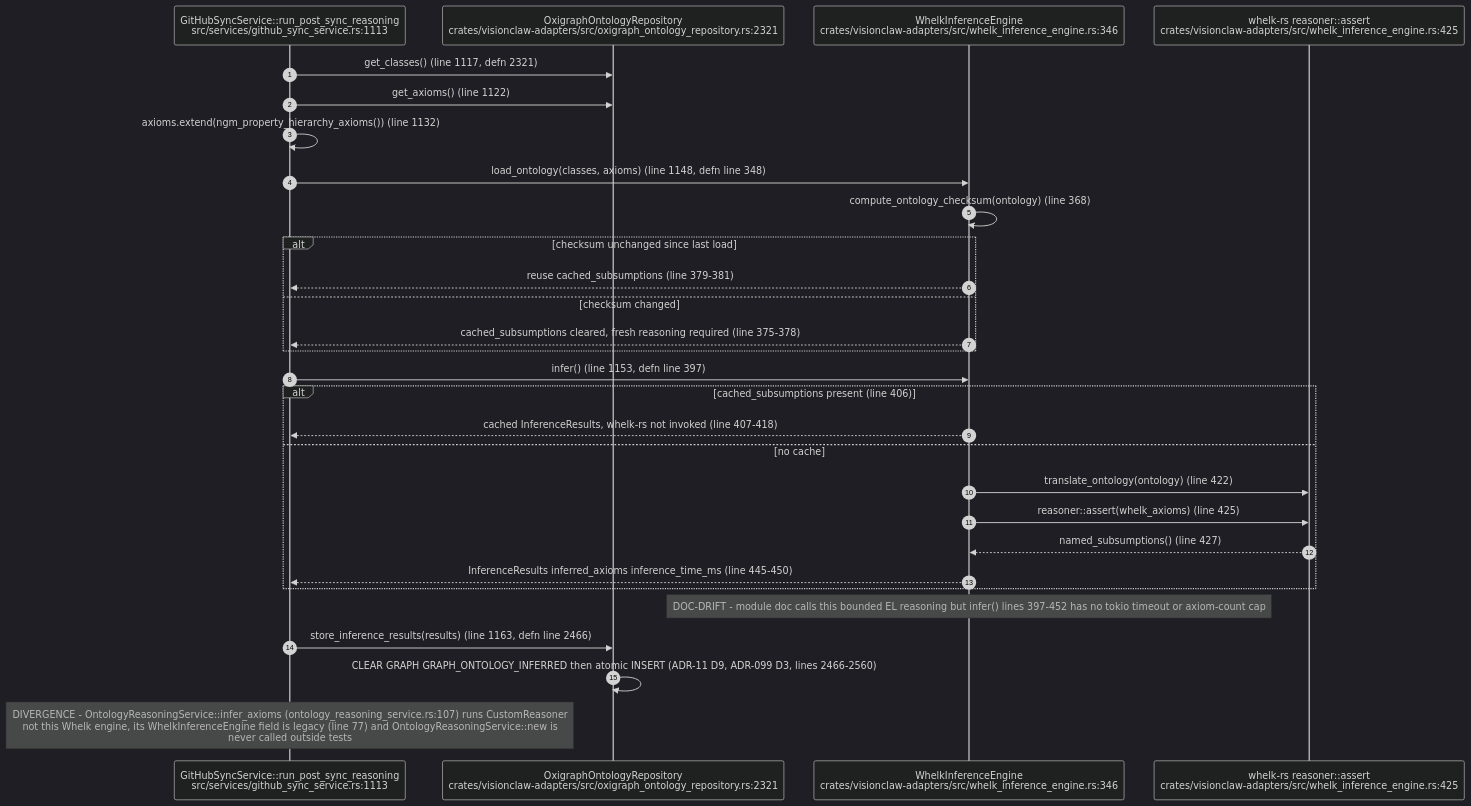
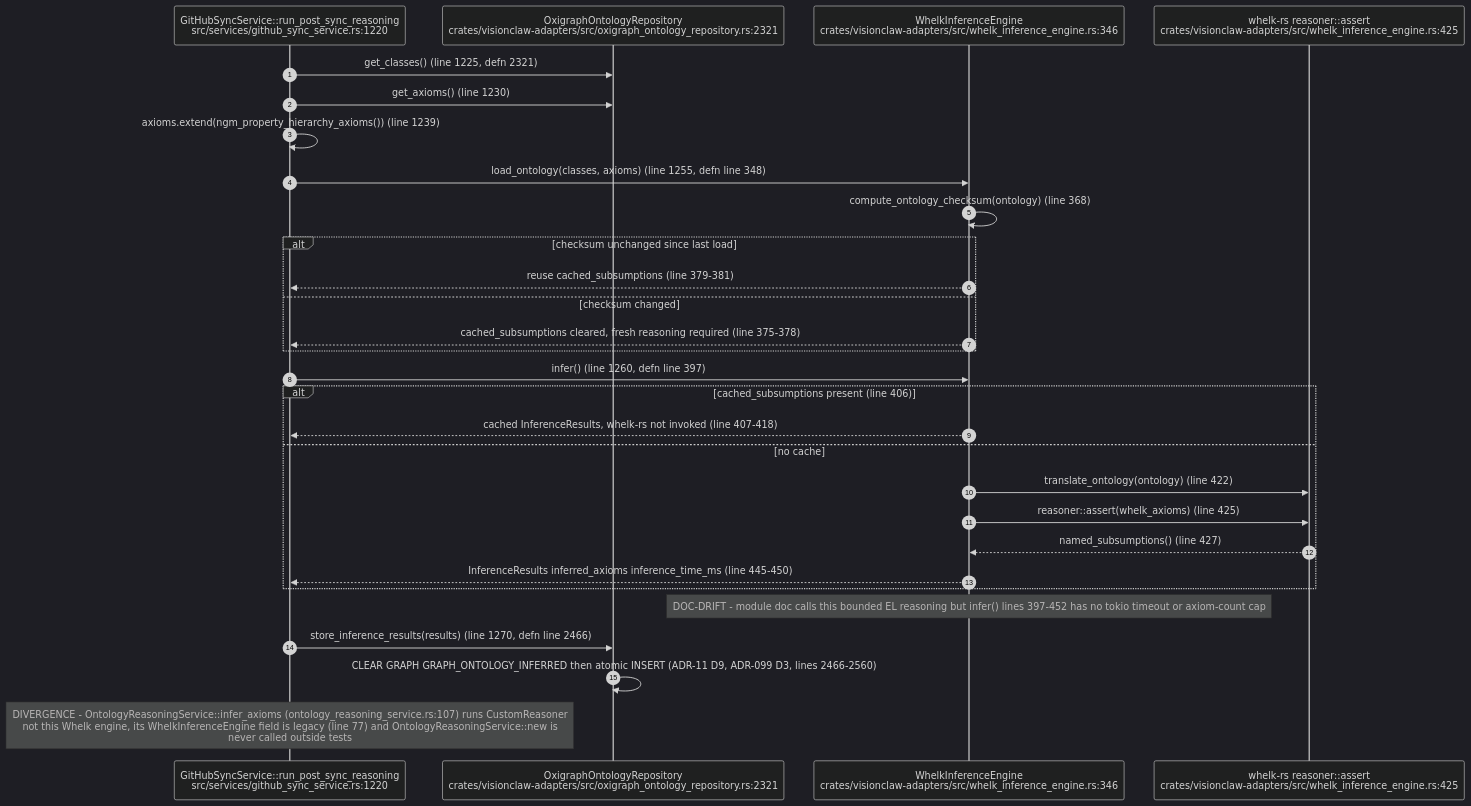
The third of 12 diagrams in docs/diagrams/visionclaw/20-ontology-pipeline-oxigraph-whelk.md (DreamLab-AI/AR-AI-Knowledge-Graph), drawn with Mermaid (dark theme) before and after one commit. The commit also changed other lines of this file and 172 other files, not shown here.

````diff
--- a/docs/diagrams/visionclaw/20-ontology-pipeline-oxigraph-whelk.md
+++ b/docs/diagrams/visionclaw/20-ontology-pipeline-oxigraph-whelk.md
@@ -104,32 +109,32 @@
 ```mermaid
 sequenceDiagram
     autonumber
-    participant Sync as GitHubSyncService::run_post_sync_reasoning<br/>src/services/github_sync_service.rs:1113
+    participant Sync as GitHubSyncService::run_post_sync_reasoning<br/>src/services/github_sync_service.rs:1220
     participant Repo as OxigraphOntologyRepository<br/>crates/visionclaw-adapters/src/oxigraph_ontology_repository.rs:2321
     participant Engine as WhelkInferenceEngine<br/>crates/visionclaw-adapters/src/whelk_inference_engine.rs:346
     participant Whelk as whelk-rs reasoner::assert<br/>crates/visionclaw-adapters/src/whelk_inference_engine.rs:425
 
-    Sync->>Repo: get_classes() (line 1117, defn 2321)
-    Sync->>Repo: get_axioms() (line 1122)
-    Sync->>Sync: axioms.extend(ngm_property_hierarchy_axioms()) (line 1132)
-    Sync->>Engine: load_ontology(classes, axioms) (line 1148, defn line 348)
+    Sync->>Repo: get_classes() (line 1225, defn 2321)
+    Sync->>Repo: get_axioms() (line 1230)
+    Sync->>Sync: axioms.extend(ngm_property_hierarchy_axioms()) (line 1239)
+    Sync->>Engine: load_ontology(classes, axioms) (line 1255, defn line 348)
     Engine->>Engine: compute_ontology_checksum(ontology) (line 368)
     alt checksum unchanged since last load
         Engine-->>Sync: reuse cached_subsumptions (line 379-381)
     else checksum changed
         Engine-->>Sync: cached_subsumptions cleared, fresh reasoning required (line 375-378)
     end
-    Sync->>Engine: infer() (line 1153, defn line 397)
+    Sync->>Engine: infer() (line 1260, defn line 397)
     alt cached_subsumptions present (line 406)
         Engine-->>Sync: cached InferenceResults, whelk-rs not invoked (line 407-418)
     else no cache
         Engine->>Whelk: translate_ontology(ontology) (line 422)
         Engine->>Whelk: reasoner::assert(whelk_axioms) (line 425)
         Whelk-->>Engine: named_subsumptions() (line 427)
         Engine-->>Sync: InferenceResults inferred_axioms inference_time_ms (line 445-450)
     end
     Note over Engine: DOC-DRIFT - module doc calls this bounded EL reasoning but infer() lines 397-452 has no tokio timeout or axiom-count cap
-    Sync->>Repo: store_inference_results(results) (line 1163, defn line 2466)
+    Sync->>Repo: store_inference_results(results) (line 1270, defn line 2466)
     Repo->>Repo: CLEAR GRAPH GRAPH_ONTOLOGY_INFERRED then atomic INSERT (ADR-11 D9, ADR-099 D3, lines 2466-2560)
     Note over Sync: DIVERGENCE - OntologyReasoningService::infer_axioms (ontology_reasoning_service.rs:107) runs CustomReasoner<br/>not this Whelk engine, its WhelkInferenceEngine field is legacy (line 77) and OntologyReasoningService::new is<br/>never called outside tests
 ```
````
